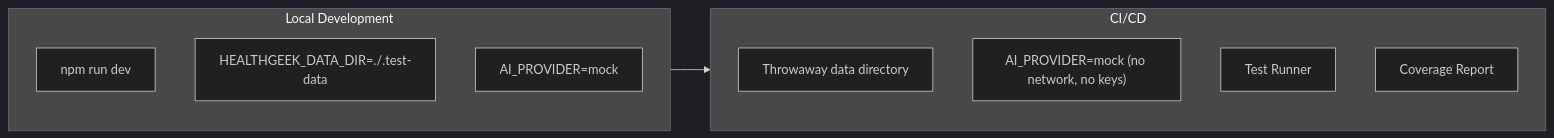
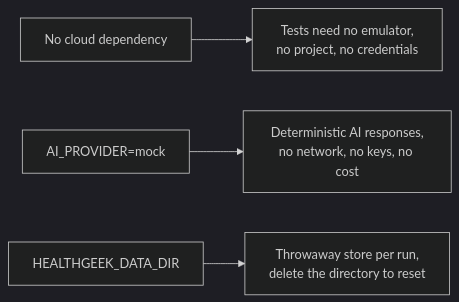
The first of 3 diagrams in docs/testing/README.md (knotking/healthgeek), drawn with Mermaid (dark theme) before and after one commit. The commit also changed other lines of this file and 6 other files, not shown here.

````diff
--- a/docs/testing/README.md
+++ b/docs/testing/README.md
@@ -165,17 +12,6 @@
 ```mermaid
-graph LR
-    subgraph Local ["Local Development"]
-        DevServer["npm run dev"]
-        TempStore["HEALTHGEEK_DATA_DIR=./.test-data"]
-        MockAI["AI_PROVIDER=mock"]
-    end
-
-    subgraph CI ["CI/CD"]
-        CiStore["Throwaway data directory"]
-        CiAI["AI_PROVIDER=mock (no network, no keys)"]
-        TestRunner["Test Runner"]
-        Coverage["Coverage Report"]
-    end
-
-    Local --> CI
+flowchart LR
+    a["No cloud dependency"] --> d["Tests need no emulator,<br/>no project, no credentials"]
+    b["AI_PROVIDER=mock"] --> e["Deterministic AI responses,<br/>no network, no keys, no cost"]
+    c["HEALTHGEEK_DATA_DIR"] --> f["Throwaway store per run,<br/>delete the directory to reset"]
 ```
````
